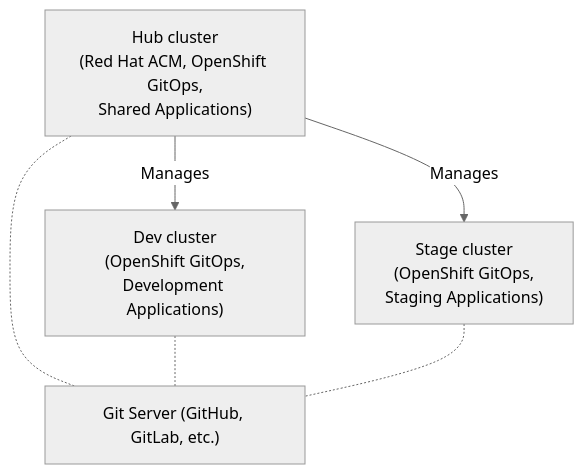
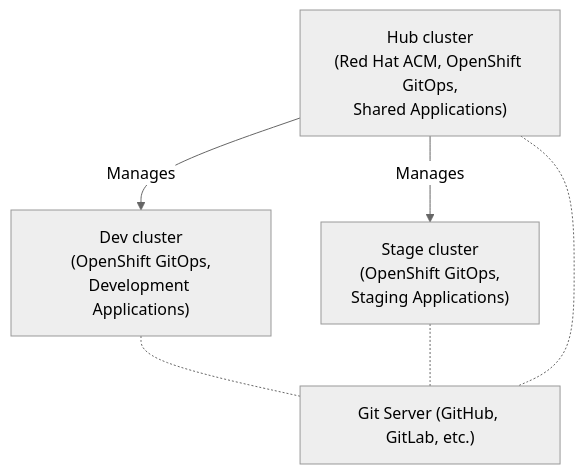
Before and after one commit to hello-world-gitops/.github: the first of 2 diagrams in profile/README.md, drawn with Mermaid (neutral theme). The commit also changed other lines of this file, not shown here.

Commit message:
Reorder diagram to see if it changes the output

````diff
--- a/profile/README.md
+++ b/profile/README.md
@@ -20,8 +20,8 @@
 ```mermaid
 graph TD
         Hub["Hub cluster<br />(Red Hat ACM, OpenShift GitOps,<br />Shared Applications)"] -- Manages --> Dev["Dev cluster<br />(OpenShift GitOps,<br />Development Applications)"]
         Hub -- Manages --> Stage["Stage cluster<br />(OpenShift GitOps,<br />Staging Applications)"]
-        Hub -.- Git["Git Server (GitHub, GitLab, etc.)"]
         Dev -.- Git
         Stage -.- Git
+        Hub -.- Git["Git Server (GitHub, GitLab, etc.)"]
 ```
````
